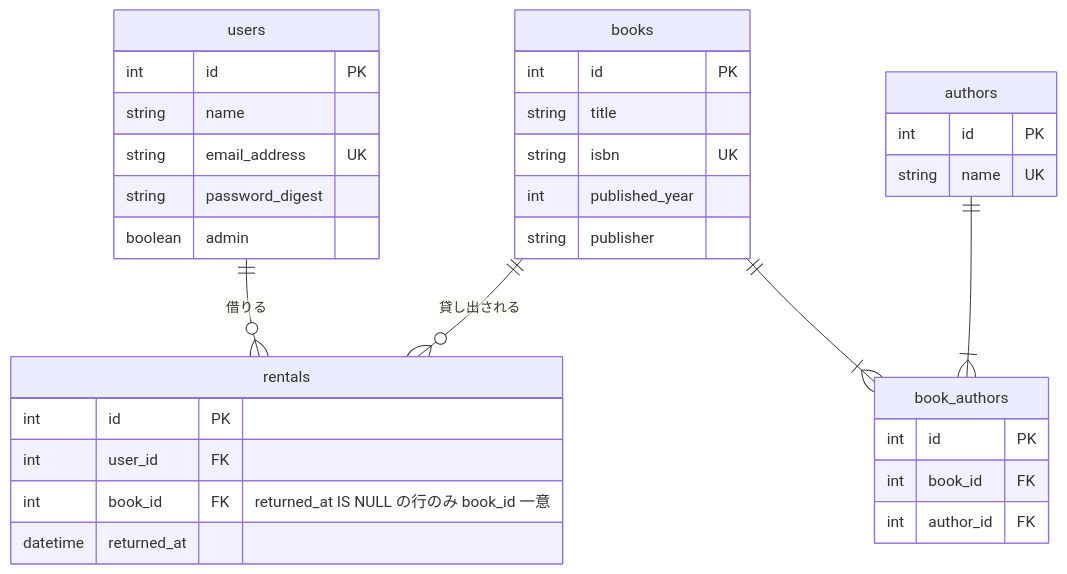
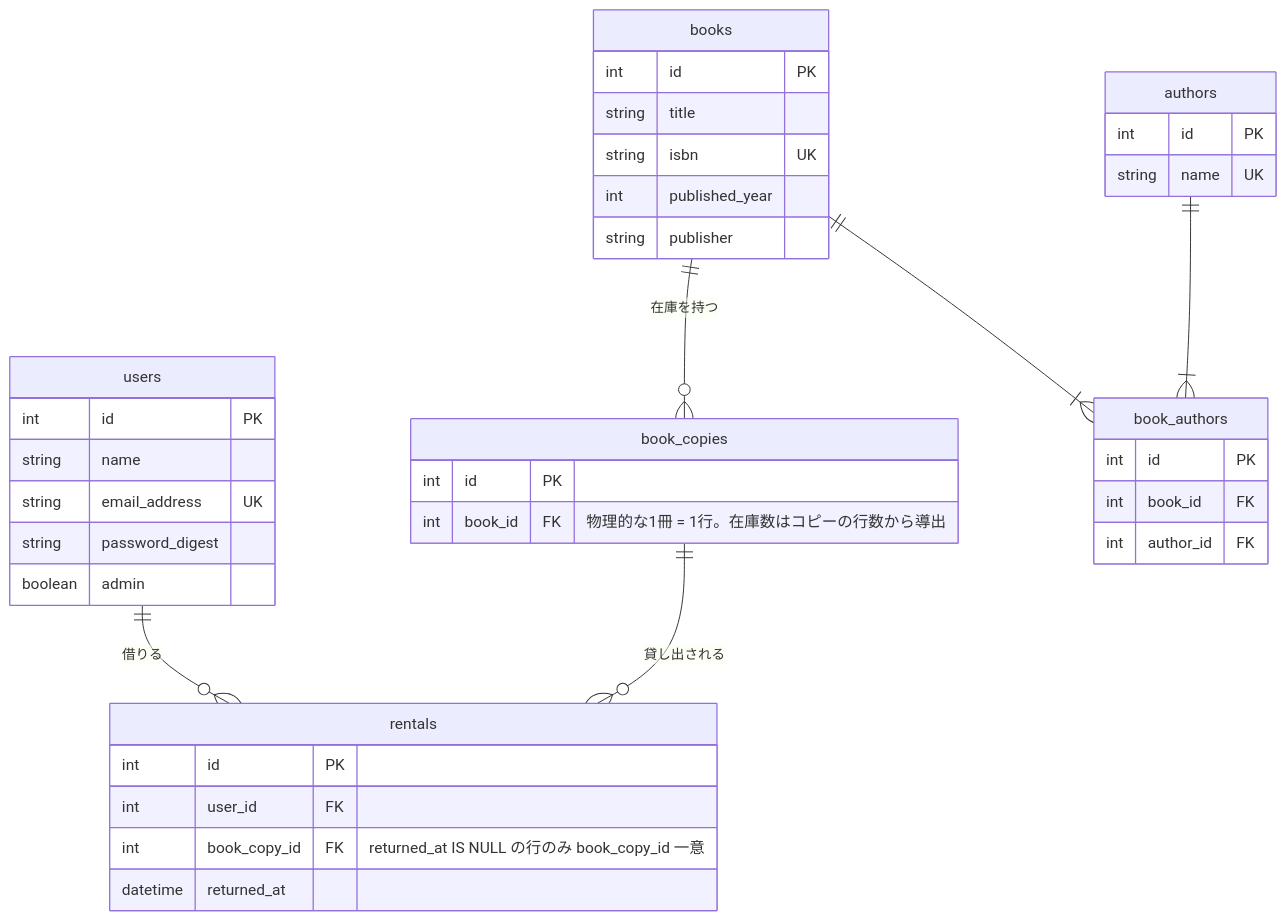
The first of 2 diagrams in docs/crud-matrix-and-screens.md (junhat6/book-management-system-speee), drawn with Mermaid before and after one commit. The commit also changed other lines of this file and 21 other files, not shown here.

````diff
--- a/docs/crud-matrix-and-screens.md
+++ b/docs/crud-matrix-and-screens.md
@@ -7,37 +7,42 @@
 ```mermaid
 erDiagram
   users ||--o{ rentals : "借りる"
-  books ||--o{ rentals : "貸し出される"
+  books ||--o{ book_copies : "在庫を持つ"
+  book_copies ||--o{ rentals : "貸し出される"
   books ||--|{ book_authors : ""
   authors ||--|{ book_authors : ""
 
   users {
     int id PK
     string name
     string email_address UK
     string password_digest
     boolean admin
   }
   books {
     int id PK
     string title
     string isbn UK
     int published_year
     string publisher
   }
+  book_copies {
+    int id PK
+    int book_id FK "物理的な1冊 = 1行。在庫数はコピーの行数から導出"
+  }
   authors {
     int id PK
     string name UK
   }
   book_authors {
     int id PK
     int book_id FK
     int author_id FK
   }
   rentals {
     int id PK
     int user_id FK
-    int book_id FK "returned_at IS NULL の行のみ book_id 一意"
+    int book_copy_id FK "returned_at IS NULL の行のみ book_copy_id 一意"
     datetime returned_at
   }
 ```
````
